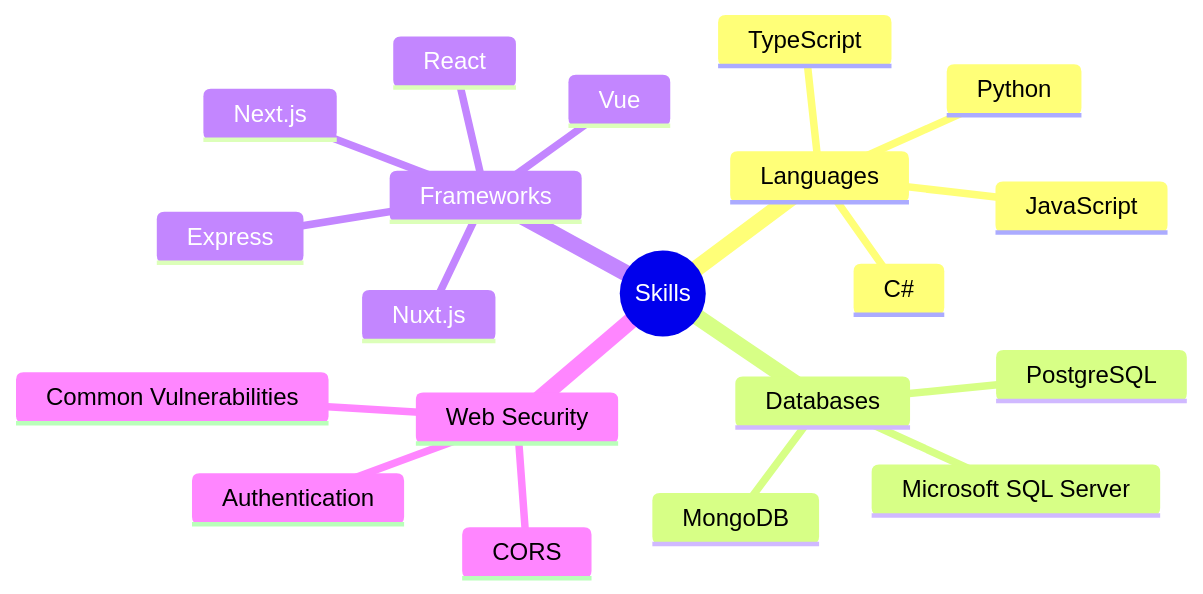
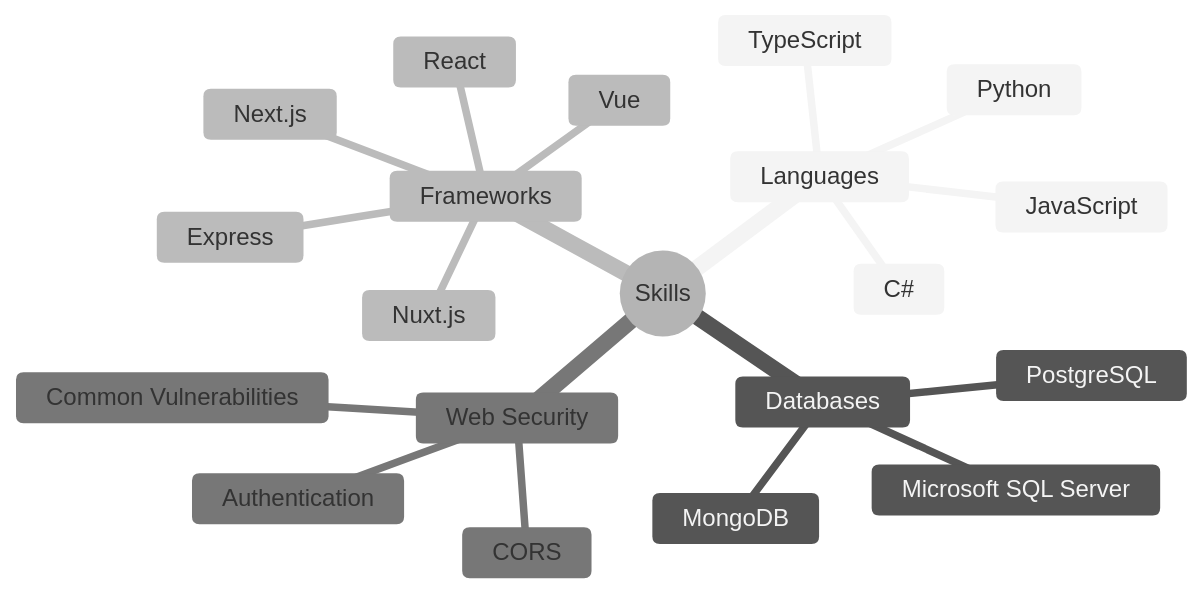
The diagram in README.md (iapheus/iapheus), drawn with Mermaid before and after one commit.

````diff
--- a/README.md
+++ b/README.md
@@ -8,23 +8,24 @@
 ```mermaid
+%%{init: {'theme': 'neutral'}}%%
 mindmap
   root((Skills))
     Languages
       JavaScript
       TypeScript
       C#
       Python
     Databases
       PostgreSQL
       Microsoft SQL Server
       MongoDB
     Frameworks
       React
       Vue
       Next.js
       Nuxt.js
       Express
     Web Security
       Common Vulnerabilities
       Authentication
       CORS
 ```
````
